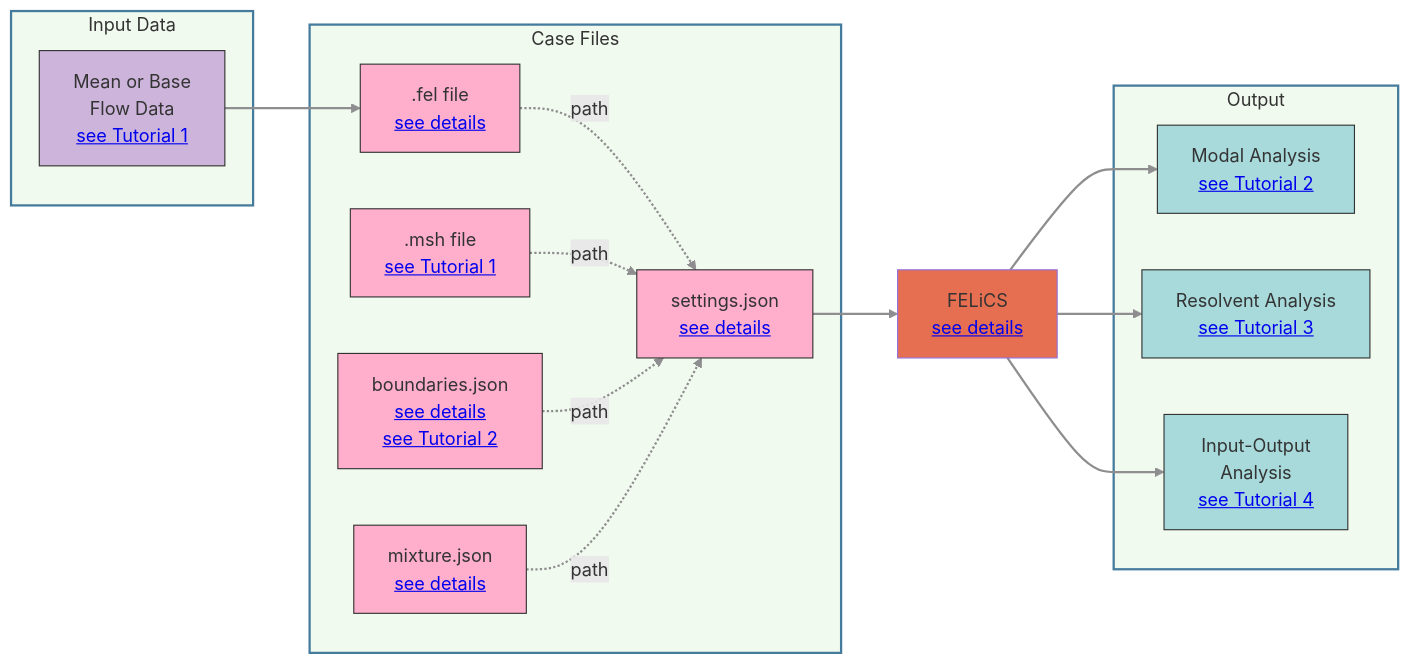
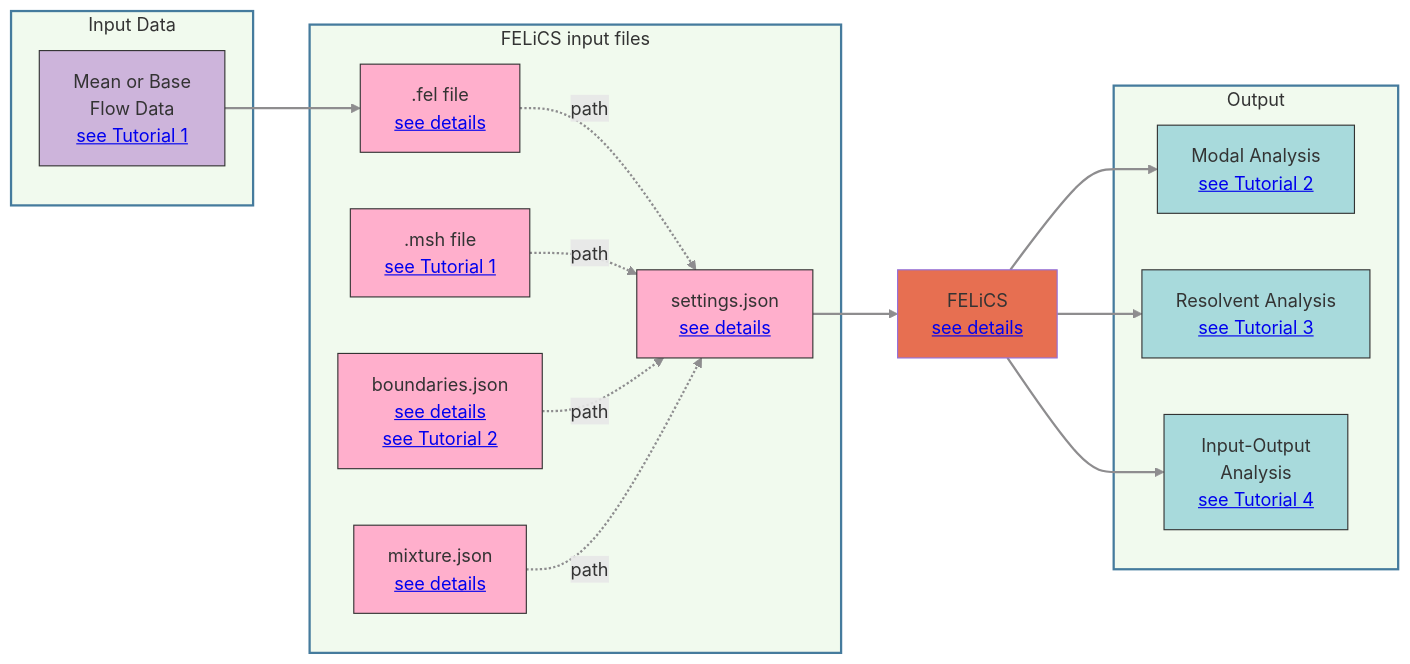
The diagram in documentation/Running_FELiCS/index.md (arash-mp/FELiCS_FSI), drawn with Mermaid before and after one commit. The commit also changed other lines of this file and 40 other files, not shown here.

````diff
--- a/documentation/Running_FELiCS/index.md
+++ b/documentation/Running_FELiCS/index.md
@@ -14,55 +105,55 @@
 ```{mermaid}
 flowchart LR
     subgraph Input["Input Data"]
         A[Mean or Base<br>Flow Data<br> <a href="../Tutorials/cylinder_wake.html">see Tutorial 1</a>]
         click A "../Tutorials/cylinder_wake.html" _blank
         style Input fill:#f1faee,stroke:#457b9d,stroke-width:2px
         style A fill:#cdb4db,stroke:#333,stroke-width:1px
     end
 
-    subgraph PrepFiles["Case Files"]
+    subgraph PrepFiles["FELiCS input files"]
         B1[settings.json<br><a href="./FELiCS_settings.html">see details</a>]
         B2[.fel file<br><a href="./fel_file.html">see details</a>]
         B3[.msh file<br><a href="../Tutorials/cylinder_wake.html">see Tutorial 1</a>]
         B4[boundaries.json<br><a href="./FELiCS_settings.html">see details</a><br><a href="../Tutorials/modal_analysis.html">see Tutorial 2</a>]
         B5[mixture.json<br><a href="./FELiCS_settings.html">see details</a>]
 
         style PrepFiles fill:#f1faee,stroke:#457b9d,stroke-width:2px
         style B1 fill:#ffafcc,stroke:#333,stroke-width:1px
         style B2 fill:#ffafcc,stroke:#333,stroke-width:1px
         style B3 fill:#ffafcc,stroke:#333,stroke-width:1px
         style B4 fill:#ffafcc,stroke:#333,stroke-width:1px
         style B5 fill:#ffafcc,stroke:#333,stroke-width:1px
 
 
     end
 
     C[FELiCS<br><a href="./FELiCS_commands.html">see details</a>]
     style C fill:#e76f51
 
     subgraph Output["Output"]
         D1[Modal Analysis<br><a href="../Tutorials/modal_analysis.html">see Tutorial 2</a>]
         D2[Resolvent Analysis<br><a href="../Tutorials/Resolvent_Analysis.html">see Tutorial 3</a>]
         D3[Input-Output<br>Analysis<br><a href="../Tutorials/input_output_analysis.html">see Tutorial 4</a>]
         style Output fill:#f1faee,stroke:#457b9d,stroke-width:2px
         style D1 fill:#a8dadc,stroke:#333,stroke-width:1px
         style D2 fill:#a8dadc,stroke:#333,stroke-width:1px
         style D3 fill:#a8dadc,stroke:#333,stroke-width:1px
 
 
     end
 
     A ==> B2
     B1 ==> C
 
 
     B2 & B3 & B4 & B5 -. path .-> B1
 
     C ==> D1
     C ==> D2
     C ==> D3
 
     linkStyle default stroke:#8e8d8f,stroke-width:2px
 
 
 ```
````
